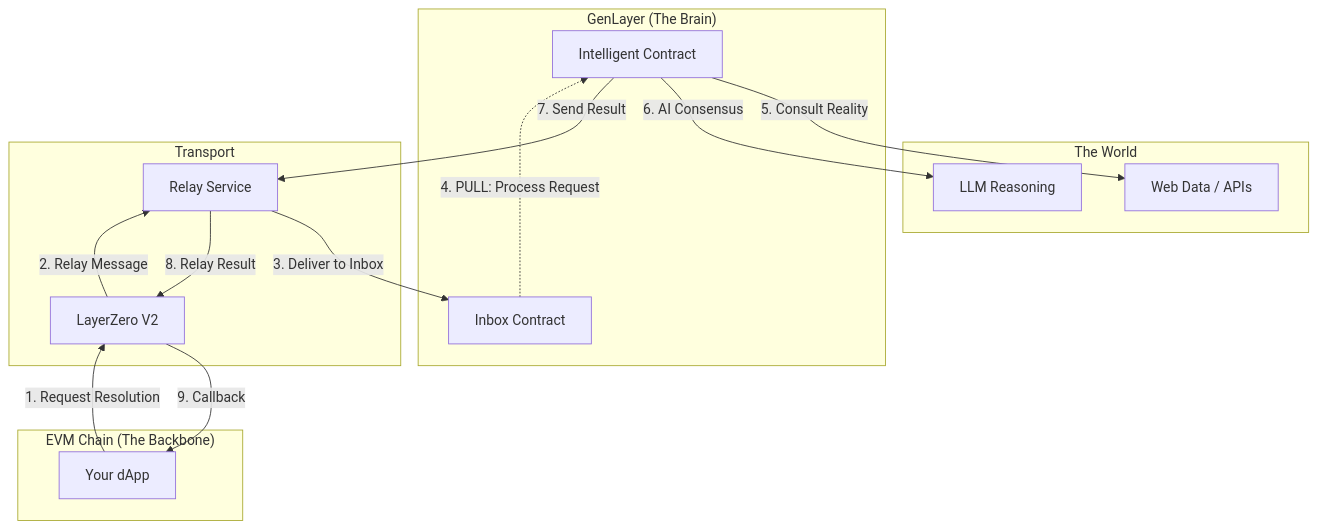
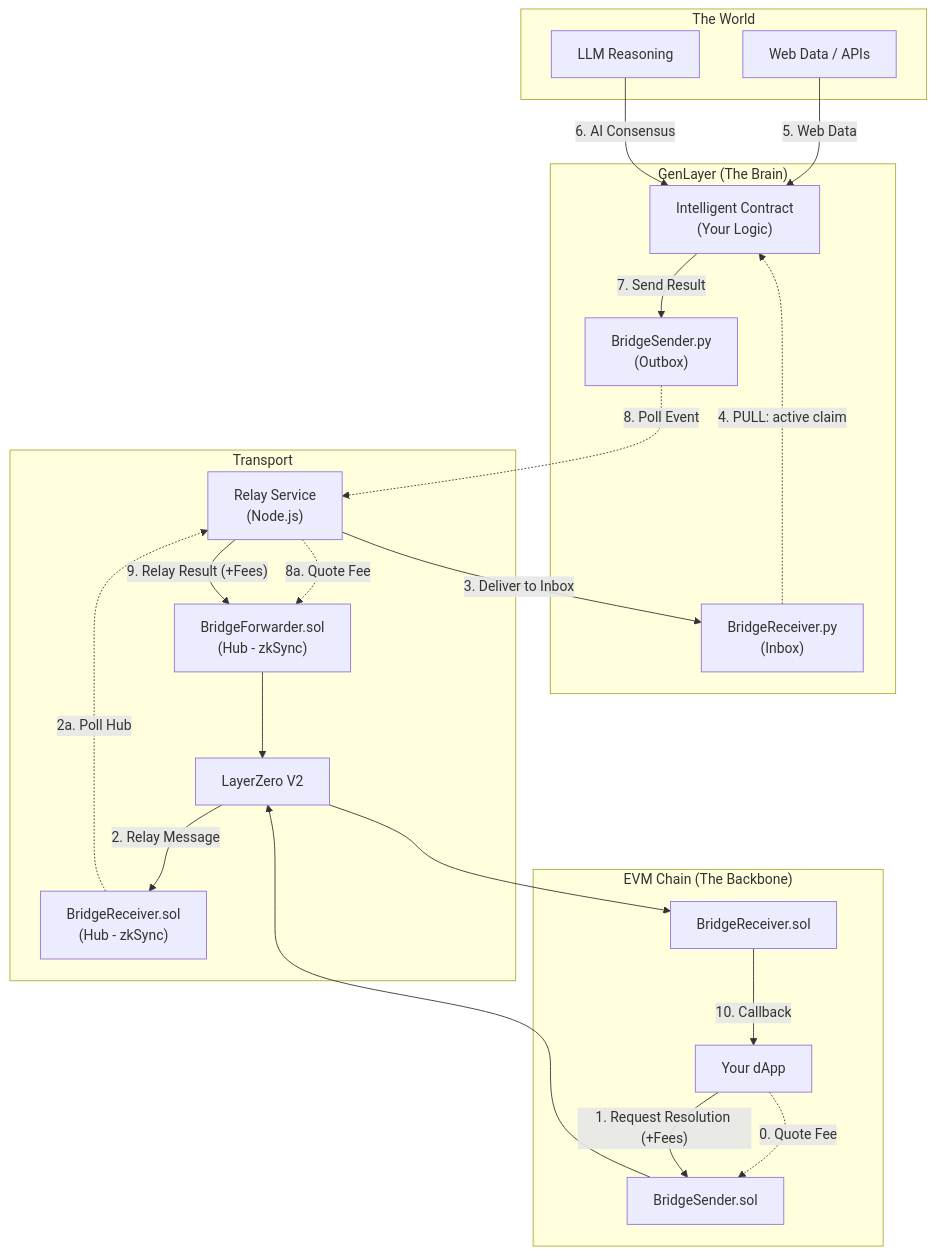
Before and after one commit to genlayer-foundation/genlayer-studio-bridge-boilerplate: the diagram in README.md, drawn with Mermaid. The commit also changed other lines of this file and 1 other file, not shown here.

Commit message:
Update README docs for bridge architecture and flows
Expanded and clarified the architecture diagram, message flow, and contract references in README.md and example/README.md. Improved step-by-step instructions for deploying and testing GenLayer ↔ EVM flows, added details for contract deployment, execution, and verification, and updated terminology for clarity.

````diff
--- a/README.md
+++ b/README.md
@@ -44,31 +44,43 @@
 ```mermaid
 graph TD
     subgraph "The World"
-        Web[Web Data / APIs]
-        AI[LLM Reasoning]
+        Web["Web Data / APIs"]
+        AI["LLM Reasoning"]
     end
 
     subgraph "GenLayer (The Brain)"
-        IC[Intelligent Contract]
-        Inbox[Inbox Contract]
+        IC["Intelligent Contract<br/>(Your Logic)"]
+        Inbox["BridgeReceiver.py<br/>(Inbox)"]
+        BS_GL["BridgeSender.py<br/>(Outbox)"]
     end
 
     subgraph "Transport"
-        Service[Relay Service]
-        LZ[LayerZero V2]
+        Service["Relay Service<br/>(Node.js)"]
+        BF["BridgeForwarder.sol<br/>(Hub - zkSync)"]
+        BR_HUB["BridgeReceiver.sol<br/>(Hub - zkSync)"]
+        LZ["LayerZero V2"]
     end
 
     subgraph "EVM Chain (The Backbone)"
-        dApp[Your dApp]
+        dApp["Your dApp"]
+        BS_EVM["BridgeSender.sol"]
+        BR_EVM["BridgeReceiver.sol"]
     end
 
-    dApp -->|1. Request Resolution| LZ
-    LZ -->|2. Relay Message| Service
-    Service -->|3. Deliver to Inbox| Inbox
-    Inbox -.->|4. PULL: Process Request| IC
-    IC -->|5. Consult Reality| Web
-    IC -->|6. AI Consensus| AI
-    IC -->|7. Send Result| Service
-    Service -->|8. Relay Result| LZ
-    LZ -->|9. Callback| dApp
+    dApp -.->|"0. Quote Fee"| BS_EVM
+    dApp -->|"1. Request Resolution (+Fees)"| BS_EVM
+    BS_EVM --> LZ
+    LZ -->|"2. Relay Message"| BR_HUB
+    BR_HUB -.->|"2a. Poll Hub"| Service
+    Service -->|"3. Deliver to Inbox"| Inbox
+    Inbox -.->|"4. PULL: active claim"| IC
+    Web -->|"5. Web Data"| IC
+    AI -->|"6. AI Consensus"| IC
+    IC -->|"7. Send Result"| BS_GL
+    BS_GL -.->|"8. Poll Event"| Service
+    Service -.->|"8a. Quote Fee"| BF
+    Service -->|"9. Relay Result (+Fees)"| BF
+    BF --> LZ
+    LZ --> BR_EVM
+    BR_EVM -->|"10. Callback"| dApp
 ```
````
